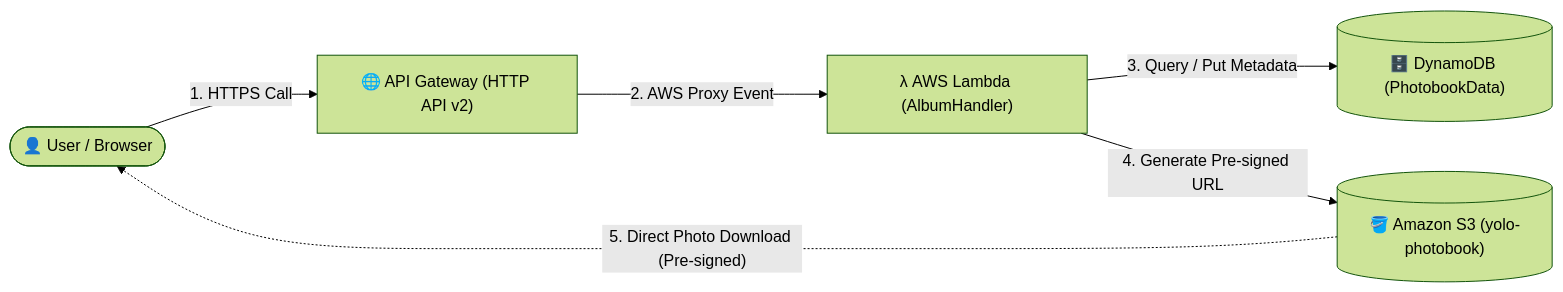
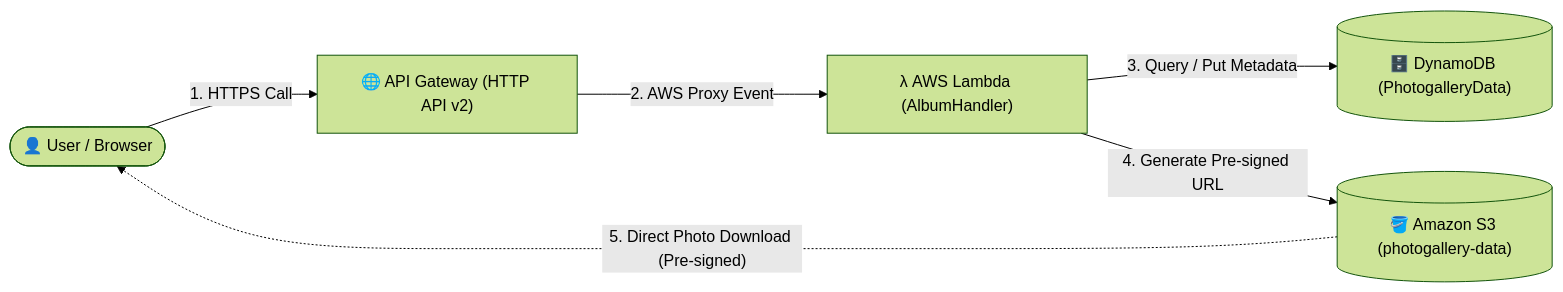
One commit to arnovanoort/photogallery changed the diagram in README.md. Above: the diagram before and after it, drawn with Mermaid (forest theme). The commit also changed other lines of this file and 22 other files, not shown here.

````diff
--- a/README.md
+++ b/README.md
@@ -22,14 +34,14 @@
 ```mermaid
 flowchart LR
     User(["👤 User / Browser"])
     APIGW["🌐 API Gateway (HTTP API v2)"]
     Lambda["λ AWS Lambda (AlbumHandler)"]
-    DynamoDB[("🗄️ DynamoDB (PhotobookData)")]
-    S3[("🪣 Amazon S3 (yolo-photobook)")]
+    DynamoDB[("🗄️ DynamoDB (PhotogalleryData)")]
+    S3[("🪣 Amazon S3 (photogallery-data)")]
 
     User -->|"1. HTTPS Call"| APIGW
     APIGW -->|"2. AWS Proxy Event"| Lambda
     Lambda -->|"3. Query / Put Metadata"| DynamoDB
     Lambda -->|"4. Generate Pre-signed URL"| S3
     S3 -.->|"5. Direct Photo Download (Pre-signed)"| User
 ```
````
